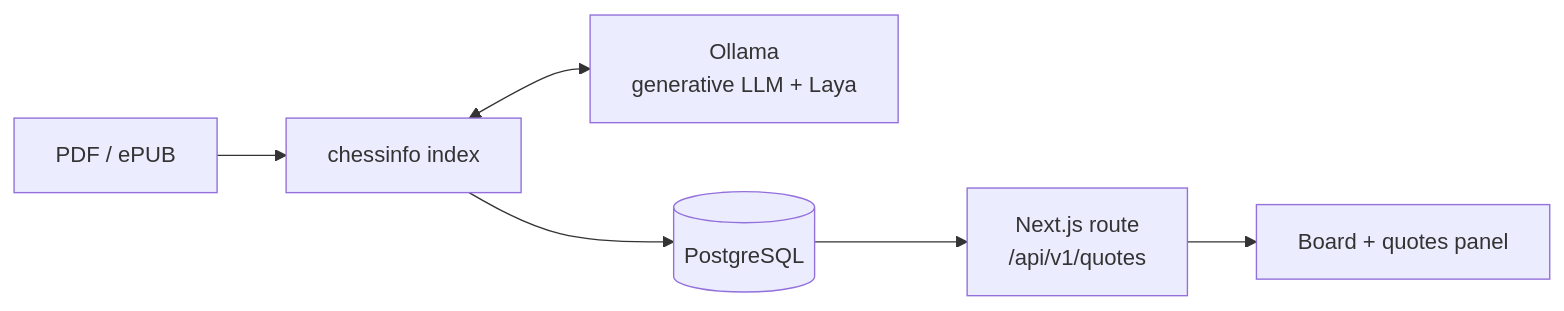
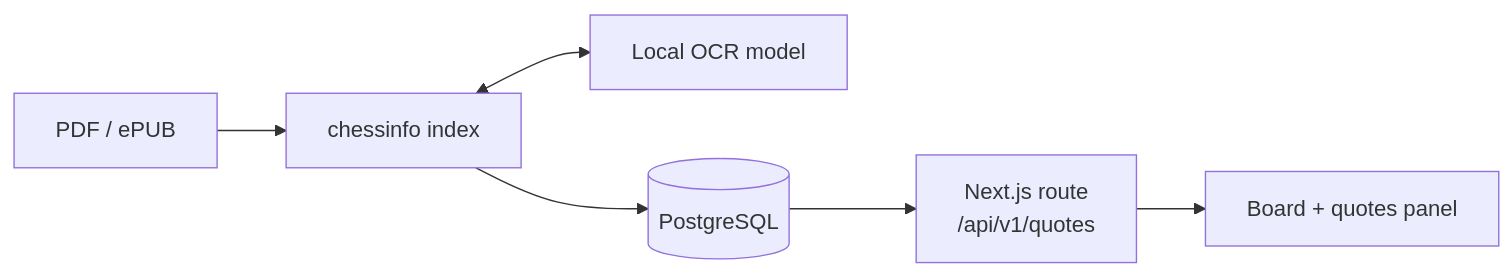
One commit to gustavowkayser/chessbox-informant changed the first of 2 diagrams in docs/architecture.md. Above: the diagram before and after it, drawn with Mermaid. The commit also changed other lines of this file and 4 other files, not shown here.

````diff
--- a/docs/architecture.md
+++ b/docs/architecture.md
@@ -10,8 +10,8 @@
 ```mermaid
 flowchart LR
     book[PDF / ePUB] --> cli[chessinfo index]
-    cli <--> ollama[Ollama<br/>generative LLM + Laya]
+    cli <--> ocr[Local OCR model]
     cli --> db[(PostgreSQL)]
     db --> api[Next.js route<br/>/api/v1/quotes]
     api --> ui[Board + quotes panel]
 ```
````
